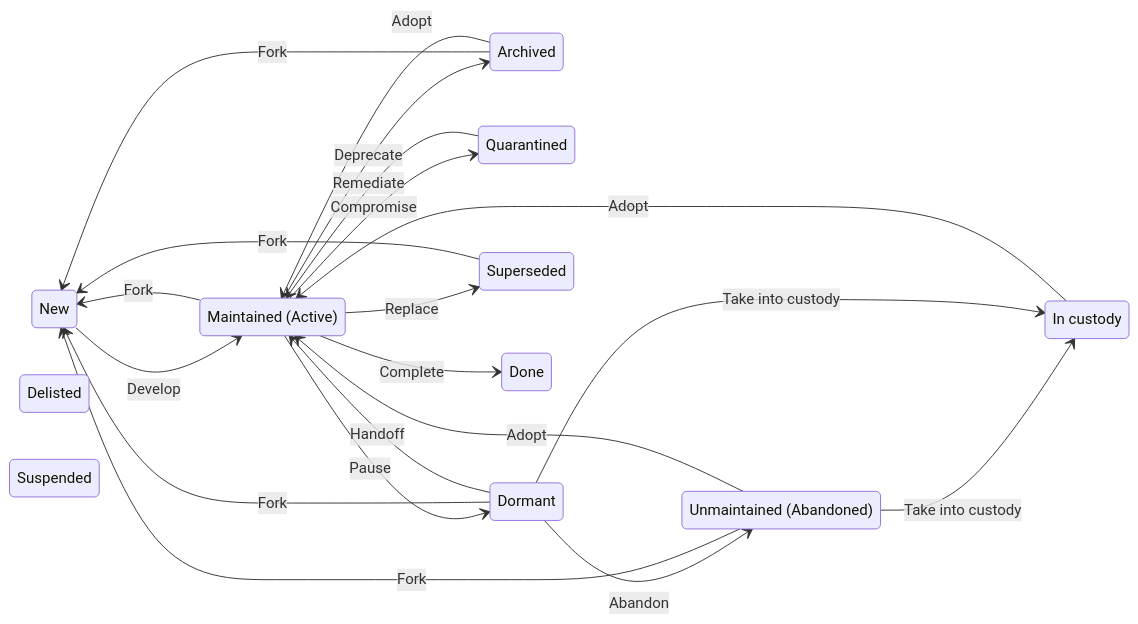
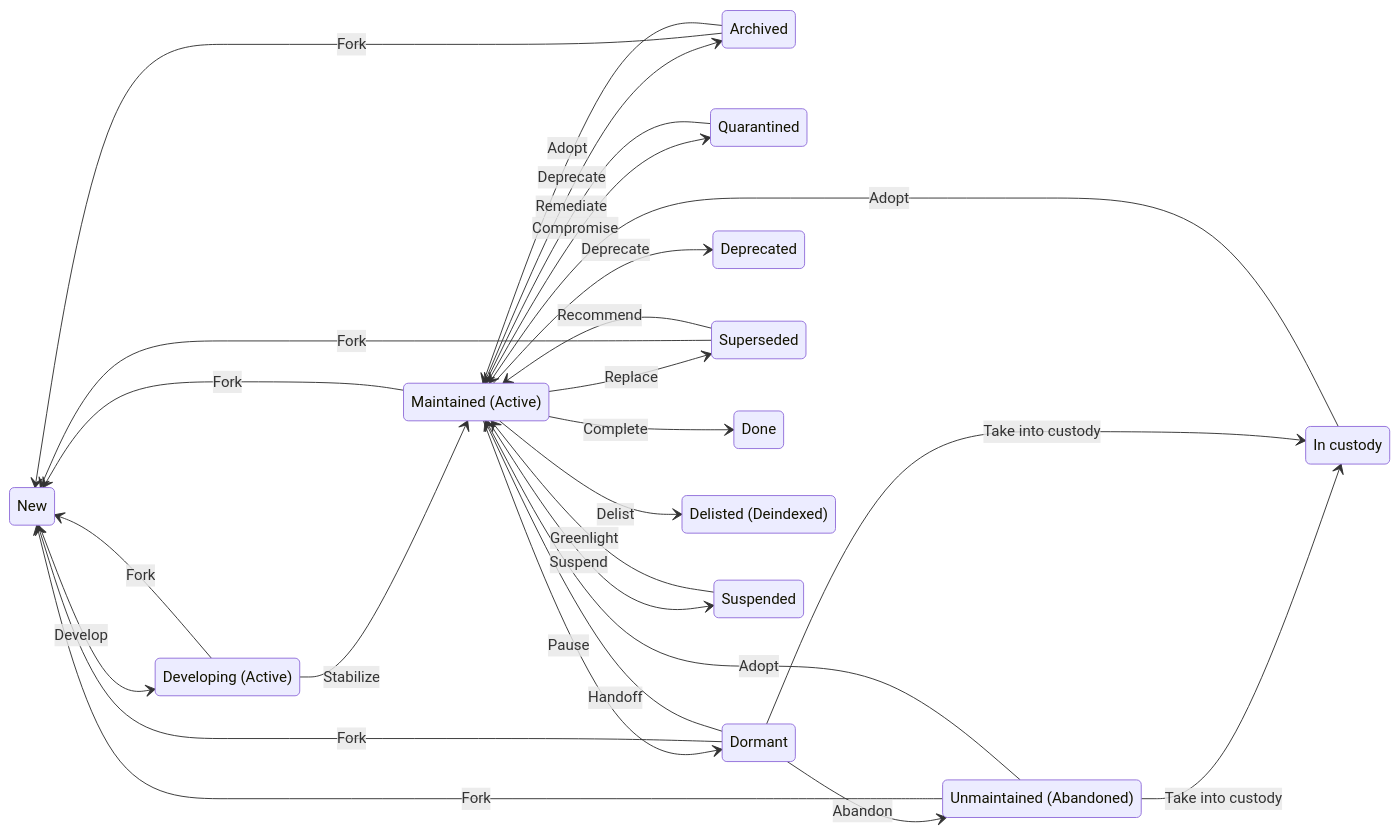
The diagram in docs/foss-project-lifecycle.md (CPAN-Security/security.metacpan.org), drawn with Mermaid before and after one commit. The commit also changed other lines of this file, not shown here.

````diff
--- a/docs/foss-project-lifecycle.md
+++ b/docs/foss-project-lifecycle.md
@@ -246,41 +257,47 @@
 ```mermaid
 stateDiagram-v2
     direction LR
     state "New"                      as new
     state "Maintained (Active)"      as maintained
+    state "Developing (Active)"      as developing
     state "Unmaintained (Abandoned)" as unmaintained
     state "Archived"                 as archived
     state "Quarantined"              as quarantined
     state "Dormant"                  as dormant
     state "In custody"               as custody
-    %%state "Deprecated"               as deprecated
+    state "Deprecated"               as deprecated
     state "Superseded"               as superseded
     state "Done"                     as done
-    state "Delisted"                 as delisted
+    state "Delisted (Deindexed)"     as delisted
     state "Suspended"                as suspended
 
     %% Initial state --> Target state : Transition event
     %% Adjective --> Adjective : Verb
 
-    new          --> maintained   : Develop
+    new          --> developing   : Develop
+    developing   --> maintained   : Stabilize
+    developing   --> new          : Fork
     maintained   --> new          : Fork
     maintained   --> done         : Complete
     maintained   --> quarantined  : Compromise
     quarantined  --> maintained   : Remediate
     archived     --> new          : Fork
     archived     --> maintained   : Adopt
-    %%maintained   --> deprecated   : Deprecate
+    maintained   --> deprecated   : Deprecate
     superseded   --> new          : Fork
+    superseded   --> maintained   : Recommend
     maintained   --> superseded   : Replace
     maintained   --> dormant      : Pause
     maintained   --> archived     : Deprecate
     unmaintained --> custody      : Take into custody
     dormant      --> custody      : Take into custody
+    maintained   --> delisted     : Delist
     custody      --> maintained   : Adopt
     dormant      --> new          : Fork
     dormant      --> maintained   : Handoff
     unmaintained --> new          : Fork
     dormant      --> unmaintained : Abandon
     unmaintained --> maintained   : Adopt
-
+    maintained   --> suspended    : Suspend
+    suspended    --> maintained   : Greenlight
 ```
````
